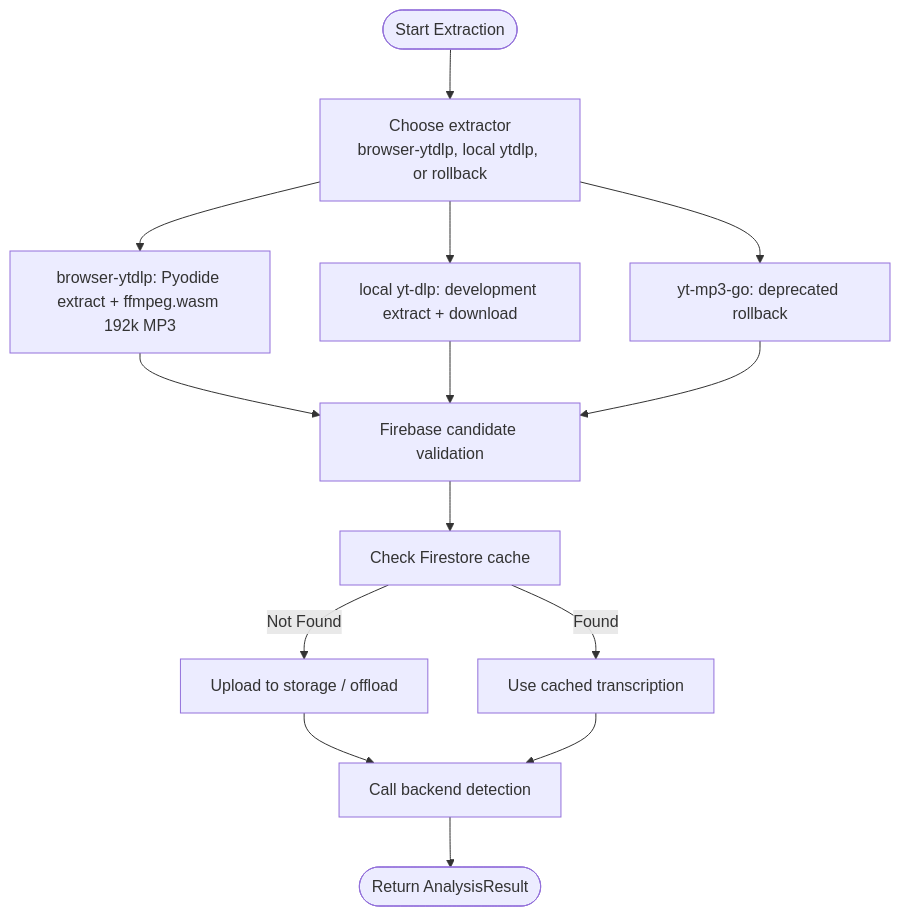
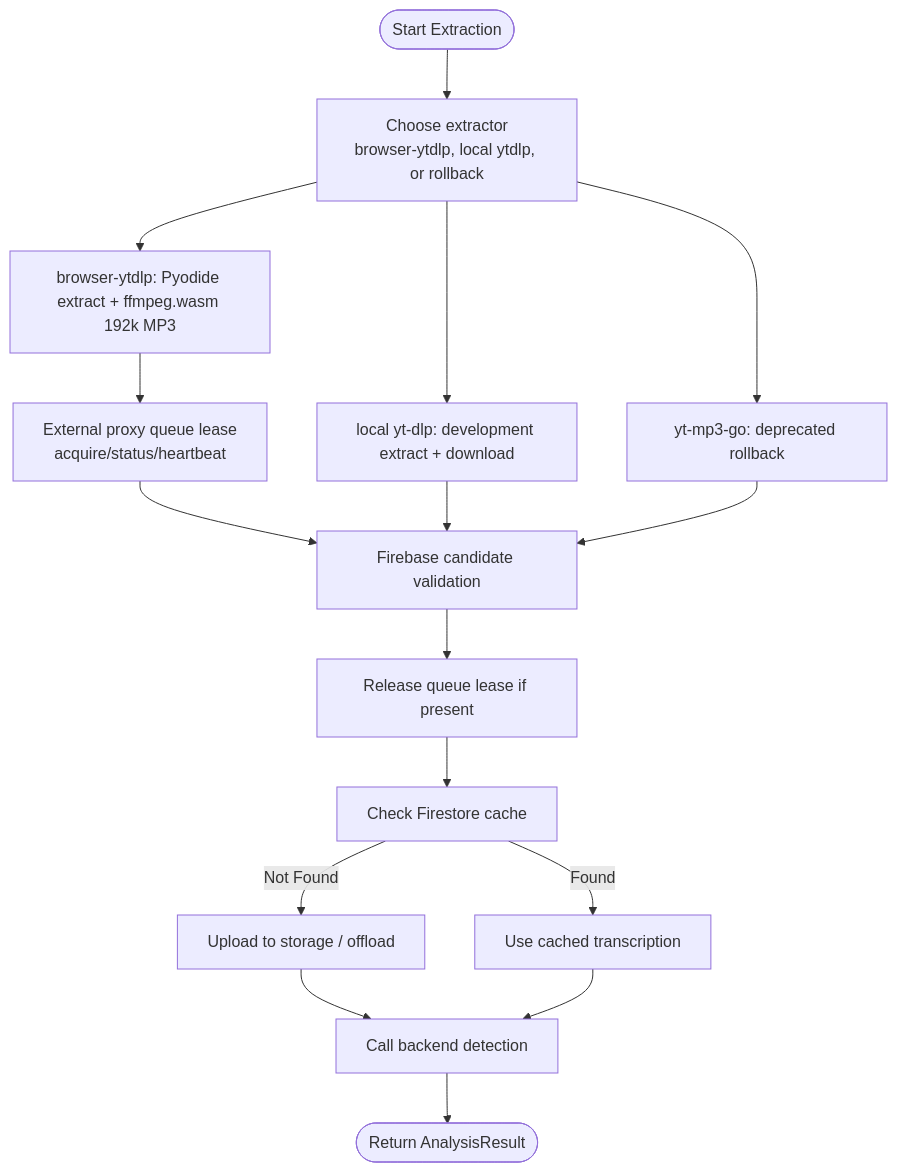
One commit to ptnghia-j/ChordMiniApp changed the third of 8 diagrams in .qoder/repowiki/en/content/Audio Processing and Analysis/Audio Processing and Analysis.md. Above: the diagram before and after it, drawn with Mermaid. The commit also changed other lines of this file and 32 other files, not shown here.

````diff
--- a/.qoder/repowiki/en/content/Audio Processing and Analysis/Audio Processing and Analysis.md
+++ b/.qoder/repowiki/en/content/Audio Processing and Analysis/Audio Processing and Analysis.md
@@ -167,16 +168,18 @@
 ```mermaid
 flowchart TD
 Start(["Start Extraction"]) --> Choose["Choose extractor<br/>browser-ytdlp, local ytdlp, or rollback"]
 Choose --> Browser["browser-ytdlp: Pyodide extract + ffmpeg.wasm 192k MP3"]
 Choose --> YTDL["local yt-dlp: development extract + download"]
 Choose --> YTMP3["yt-mp3-go: deprecated rollback"]
-Browser --> Candidate["Firebase candidate validation"]
+Browser --> Queue["External proxy queue lease<br/>acquire/status/heartbeat"]
+Queue --> Candidate["Firebase candidate validation"]
 YTDL --> Candidate
 YTMP3 --> Candidate
-Candidate --> CacheCheck["Check Firestore cache"]
+Candidate --> Release["Release queue lease if present"]
+Release --> CacheCheck["Check Firestore cache"]
 CacheCheck --> |Found| UseCache["Use cached transcription"]
 CacheCheck --> |Not Found| Upload["Upload to storage / offload"]
 Upload --> Analyze["Call backend detection"]
 UseCache --> Analyze
 Analyze --> Done(["Return AnalysisResult"])
 ```
````
